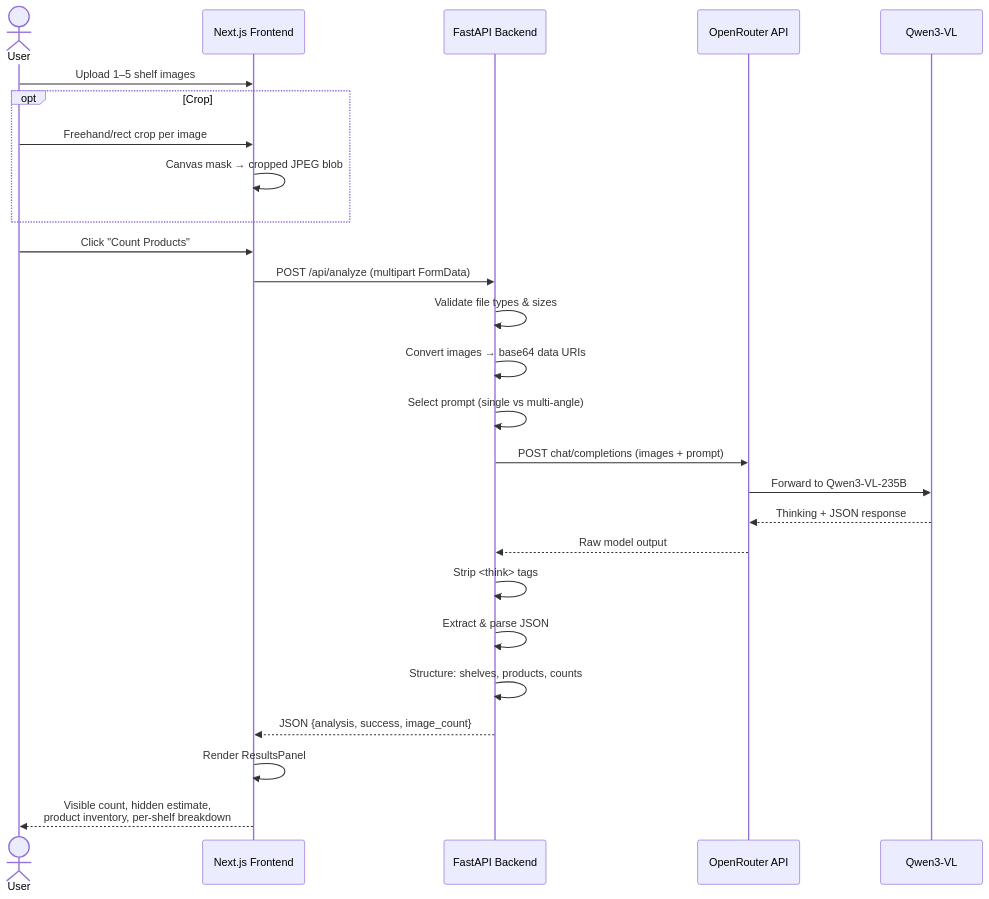
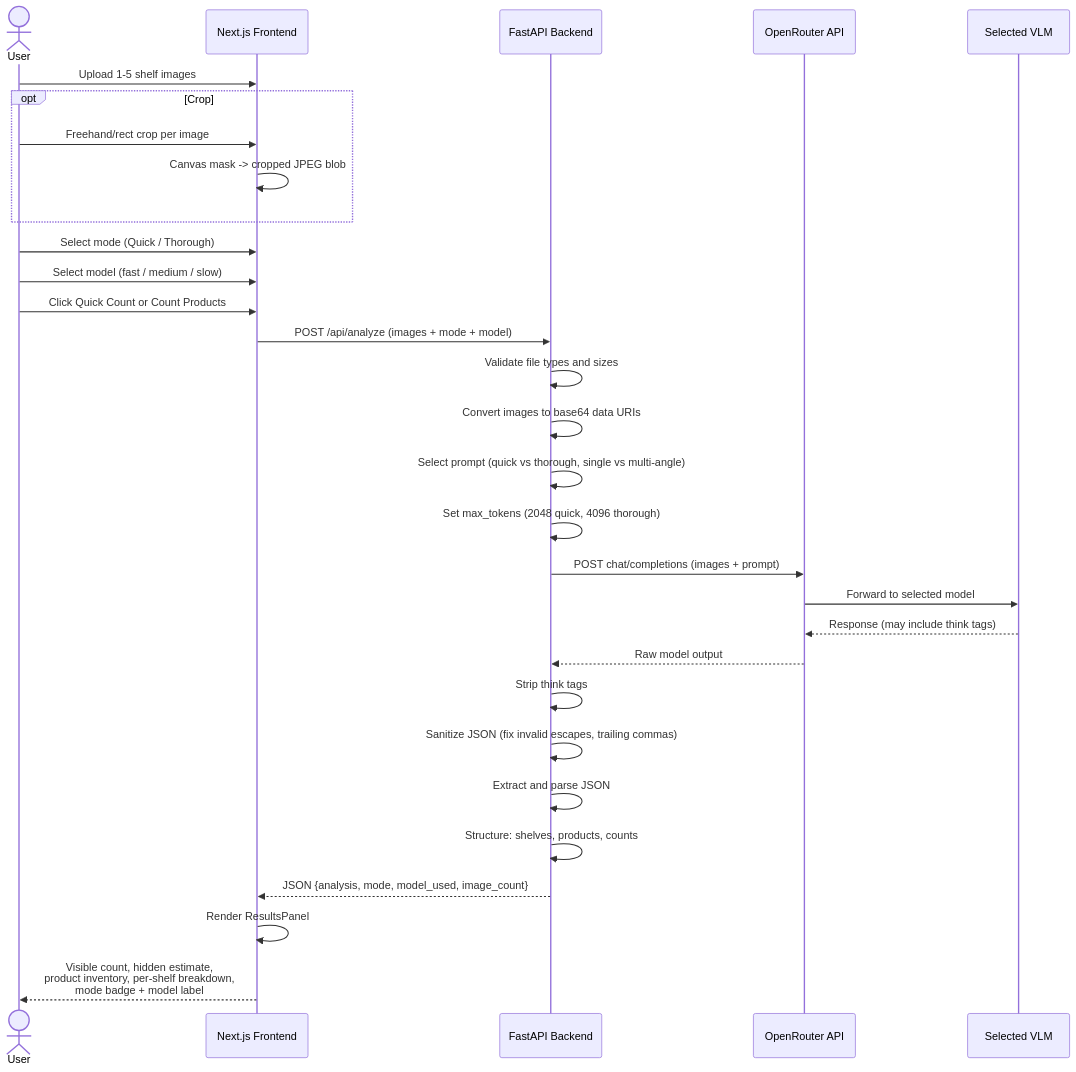
The second of 3 diagrams in architecture.md (winnie-wildin/Automated-shelf-inventory-counting-system), drawn with Mermaid before and after one commit. The commit also changed other lines of this file, not shown here.

Commit message:
docs: update architecture diagrams with modes, model selector, and deployment info

````diff
--- a/architecture.md
+++ b/architecture.md
@@ -60,34 +69,39 @@
 ```mermaid
 sequenceDiagram
     actor U as User
     participant FE as Next.js Frontend
     participant BE as FastAPI Backend
     participant OR as OpenRouter API
-    participant VLM as Qwen3-VL
+    participant VLM as Selected VLM
 
-    U->>FE: Upload 1–5 shelf images
+    U->>FE: Upload 1-5 shelf images
     opt Crop
         U->>FE: Freehand/rect crop per image
-        FE->>FE: Canvas mask → cropped JPEG blob
+        FE->>FE: Canvas mask -> cropped JPEG blob
     end
-    U->>FE: Click "Count Products"
-    FE->>BE: POST /api/analyze (multipart FormData)
+    U->>FE: Select mode (Quick / Thorough)
+    U->>FE: Select model (fast / medium / slow)
+    U->>FE: Click Quick Count or Count Products
 
-    BE->>BE: Validate file types & sizes
-    BE->>BE: Convert images → base64 data URIs
-    BE->>BE: Select prompt (single vs multi-angle)
+    FE->>BE: POST /api/analyze (images + mode + model)
+
+    BE->>BE: Validate file types and sizes
+    BE->>BE: Convert images to base64 data URIs
+    BE->>BE: Select prompt (quick vs thorough, single vs multi-angle)
+    BE->>BE: Set max_tokens (2048 quick, 4096 thorough)
 
     BE->>OR: POST chat/completions (images + prompt)
-    OR->>VLM: Forward to Qwen3-VL-235B
-    VLM-->>OR: Thinking + JSON response
+    OR->>VLM: Forward to selected model
+    VLM-->>OR: Response (may include think tags)
     OR-->>BE: Raw model output
 
-    BE->>BE: Strip <think> tags
-    BE->>BE: Extract & parse JSON
+    BE->>BE: Strip think tags
+    BE->>BE: Sanitize JSON (fix invalid escapes, trailing commas)
+    BE->>BE: Extract and parse JSON
     BE->>BE: Structure: shelves, products, counts
 
-    BE-->>FE: JSON {analysis, success, image_count}
+    BE-->>FE: JSON {analysis, mode, model_used, image_count}
 
     FE->>FE: Render ResultsPanel
-    FE-->>U: Visible count, hidden estimate,<br/>product inventory, per-shelf breakdown
+    FE-->>U: Visible count, hidden estimate,<br/>product inventory, per-shelf breakdown,<br/>mode badge + model label
 ```
````
